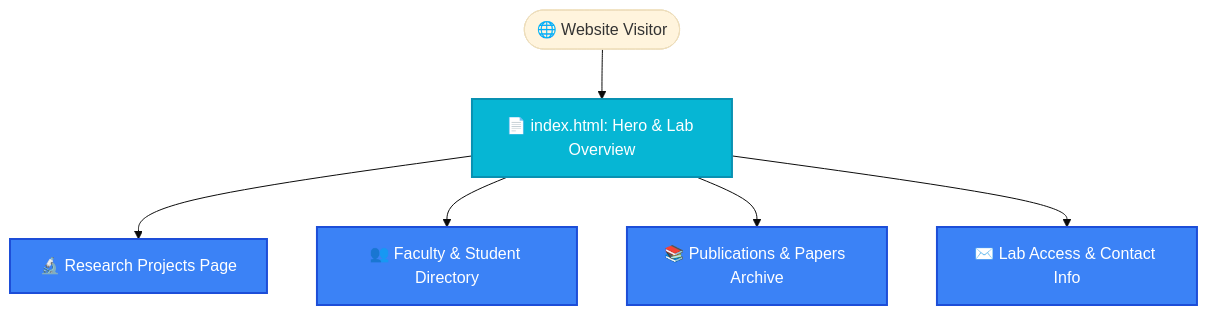
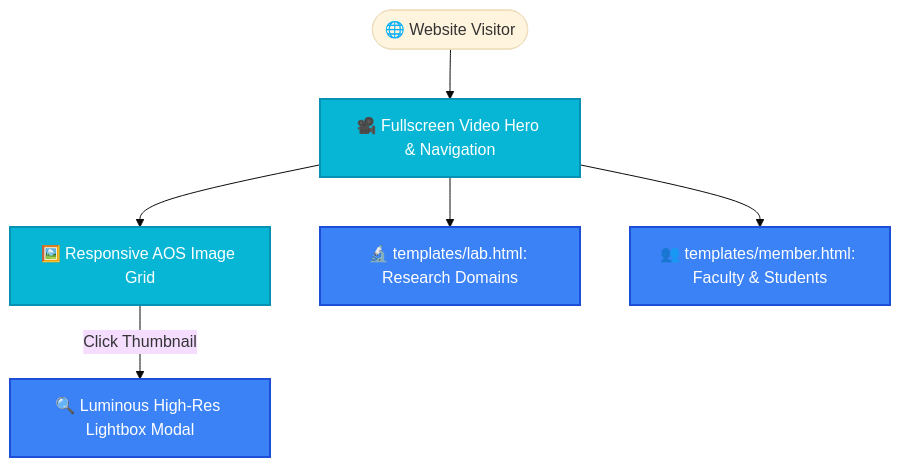
Before and after one commit to Shogo9/Shogo9.labsitesample.github.io: the diagram in README.md, drawn with Mermaid (base theme). The commit also changed other lines of this file, not shown here.

````diff
--- a/README.md
+++ b/README.md
@@ -43,13 +62,13 @@
 ```mermaid
 graph TD
-  Visitor([🌐 Website Visitor]) --> Index[📄 index.html: Hero & Lab Overview]
-  Index --> Research[🔬 Research Projects Page]
-  Index --> Members[👥 Faculty & Student Directory]
-  Index --> Publications[📚 Publications & Papers Archive]
-  Index --> Contact[✉️ Lab Access & Contact Info]
-  
+  Visitor([🌐 Website Visitor]) --> Header[🎥 Fullscreen Video Hero & Navigation]
+  Header --> Grid[🖼️ Responsive AOS Image Grid]
+  Grid -->|Click Thumbnail| Lightbox[🔍 Luminous High-Res Lightbox Modal]
+  Header --> LabPage[🔬 templates/lab.html: Research Domains]
+  Header --> MemberPage[👥 templates/member.html: Faculty & Students]
+
   classDef primary fill:#06b6d4,stroke:#0891b2,stroke-width:2px,color:#fff;
   classDef accent fill:#3b82f6,stroke:#1d4ed8,stroke-width:2px,color:#fff;
-  class Index primary;
-  class Research,Members,Publications,Contact accent;
+  class Header,Grid primary;
+  class Lightbox,LabPage,MemberPage accent;
 ```
````
